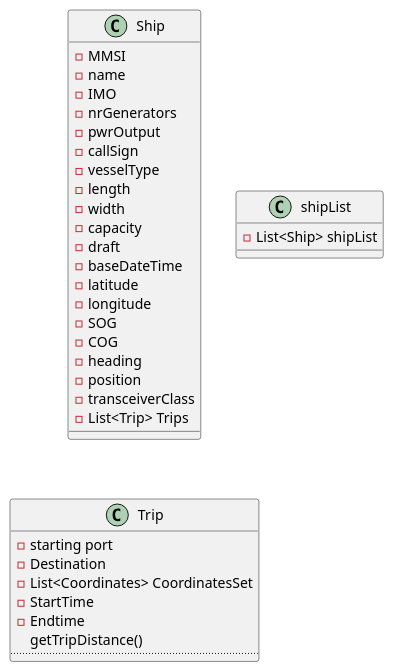
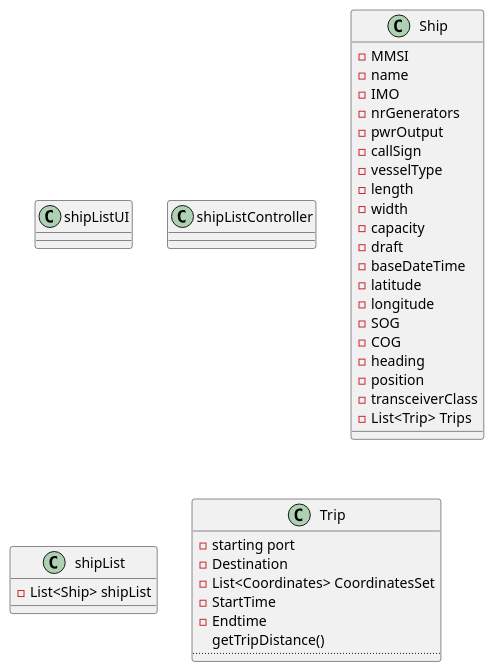
The diagram in docs/Sprint1/US106/CD.puml (mpoboas/lapr3-2021-g102), drawn with PlantUML before and after one commit. The commit also changed 8 other files, not shown here.

```diff
--- a/docs/Sprint1/US106/CD.puml
+++ b/docs/Sprint1/US106/CD.puml
@@ -1,38 +1,40 @@
 @startuml
+class shipListUI
+class shipListController
 class Ship {
 -MMSI
 -name
 -IMO
 -nrGenerators
 -pwrOutput
 -callSign
 -vesselType
 -length
 -width
 -capacity
 -draft
 -baseDateTime
 -latitude
 -longitude
 -SOG
 -COG
 -heading
 -position
 -transceiverClass
 -List<Trip> Trips
 }
 class shipList{
 -List<Ship> shipList
 }
 
 
 class Trip{
 -starting port
 -Destination
 -List<Coordinates> CoordinatesSet
 -StartTime
 -Endtime
 getTripDistance()
 ....
 }
 @enduml
```
